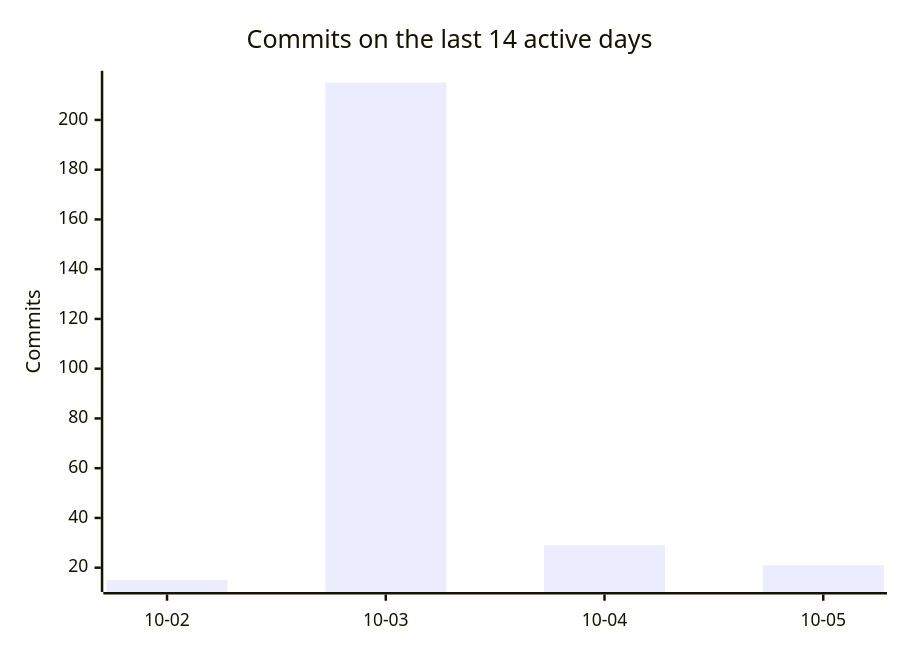
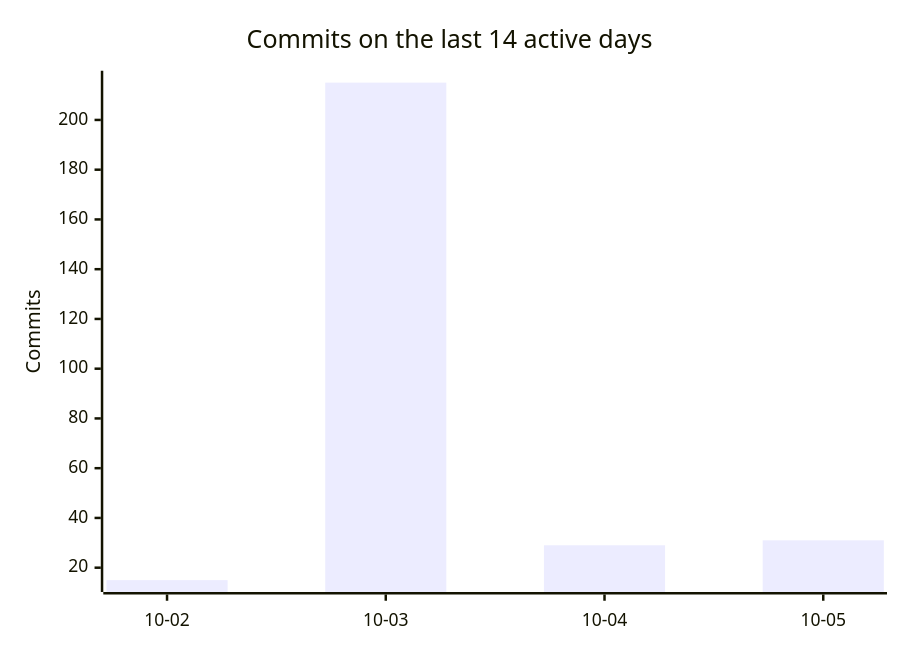
The third of 3 diagrams in README.md (PflanzenDex/PflanzenDex), drawn with Mermaid before and after one commit. The commit also changed other lines of this file, not shown here.

````diff
--- a/README.md
+++ b/README.md
@@ -70,7 +70,7 @@
 ```mermaid
 xychart-beta
   title "Commits on the last 14 active days"
   x-axis ["10-02", "10-03", "10-04", "10-05"]
   y-axis "Commits"
-  bar [15, 215, 29, 21]
+  bar [15, 215, 29, 31]
 ```
````
